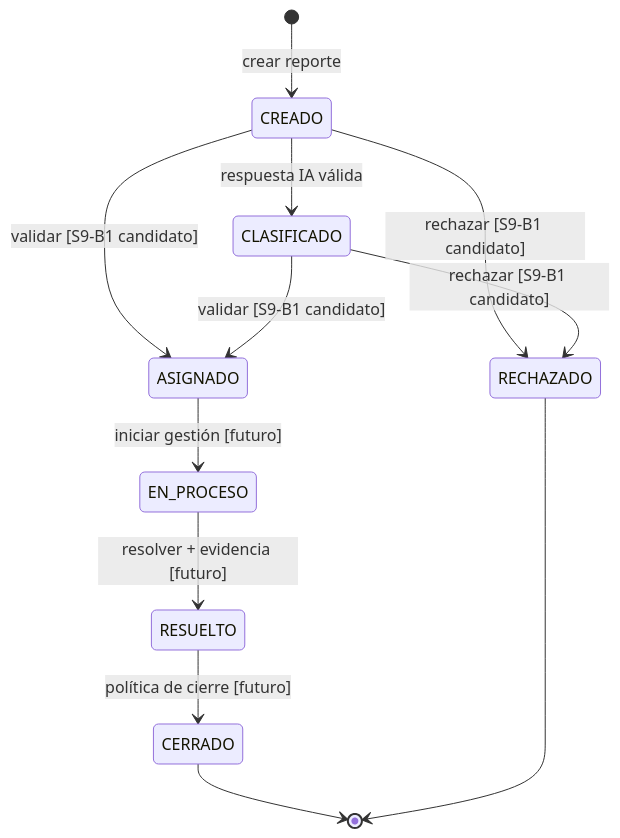
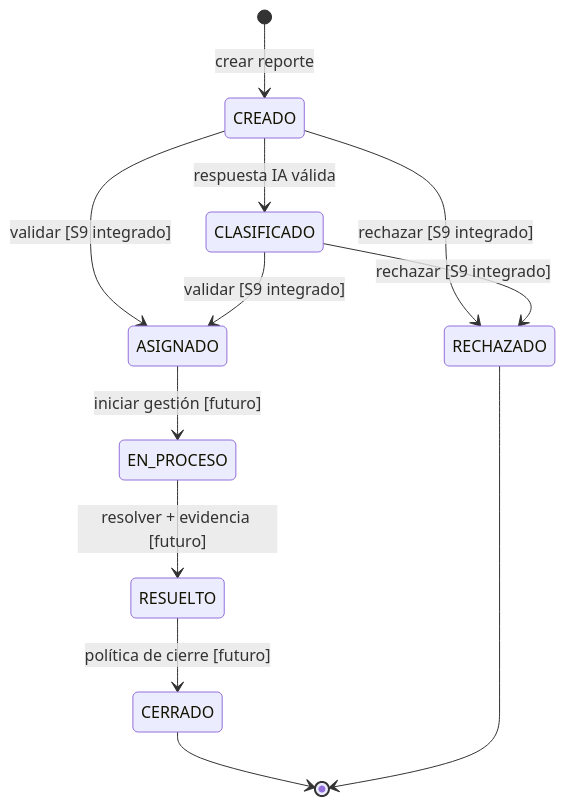
One commit to MontyPohl/ciudadania-activa changed the sixth of 16 diagrams in docs/tesis/ACTUALIZACION_DOCUMENTO_TESIS.md. Above: the diagram before and after it, drawn with Mermaid. The commit also changed other lines of this file and 3 other files, not shown here.

````diff
--- a/docs/tesis/ACTUALIZACION_DOCUMENTO_TESIS.md
+++ b/docs/tesis/ACTUALIZACION_DOCUMENTO_TESIS.md
@@ -1340,14 +1366,14 @@
 ```mermaid
 stateDiagram-v2
     [*] --> CREADO: crear reporte
     CREADO --> CLASIFICADO: respuesta IA válida
-    CREADO --> ASIGNADO: validar [S9-B1 candidato]
-    CLASIFICADO --> ASIGNADO: validar [S9-B1 candidato]
-    CREADO --> RECHAZADO: rechazar [S9-B1 candidato]
-    CLASIFICADO --> RECHAZADO: rechazar [S9-B1 candidato]
+    CREADO --> ASIGNADO: validar [S9 integrado]
+    CLASIFICADO --> ASIGNADO: validar [S9 integrado]
+    CREADO --> RECHAZADO: rechazar [S9 integrado]
+    CLASIFICADO --> RECHAZADO: rechazar [S9 integrado]
     ASIGNADO --> EN_PROCESO: iniciar gestión [futuro]
     EN_PROCESO --> RESUELTO: resolver + evidencia [futuro]
     RESUELTO --> CERRADO: política de cierre [futuro]
     CERRADO --> [*]
     RECHAZADO --> [*]
 ```
````
